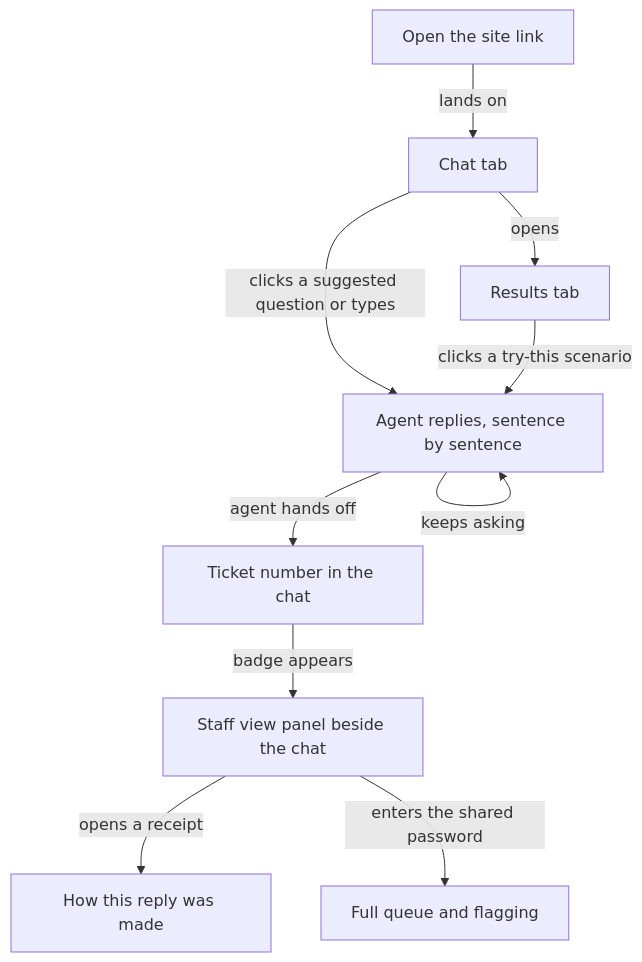
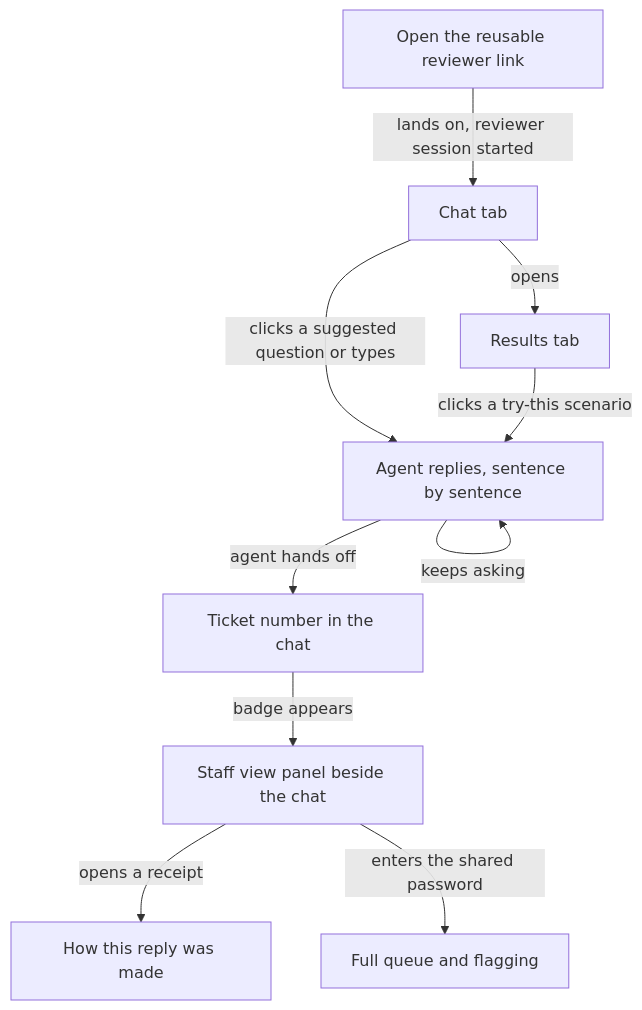
One commit to lucycchi/AI_Call_Center_Agent changed diagram 13 of 21 in docs/ARCHITECTURE.md. Above: the diagram before and after it, drawn with Mermaid. The commit also changed other lines of this file and 8 other files, not shown here.

First line of the commit message:
fix(live): a used-up network block sends another visitor's emergency to the merged ticket; IPv4-mapped addresses count by their IPv4 block; the overflow ticket is retried and capped; architecture document and stale lines brought up to date

````diff
--- a/docs/ARCHITECTURE.md
+++ b/docs/ARCHITECTURE.md
@@ -557,12 +566,12 @@
 ```mermaid
 flowchart TD
-    A["Open the site link"] -->|"lands on"| B["Chat tab"]
+    A["Open the reusable reviewer link"] -->|"lands on, reviewer session started"| B["Chat tab"]
     B -->|"clicks a suggested question or types"| C["Agent replies, sentence by sentence"]
     B -->|"opens"| R["Results tab"]
     R -->|"clicks a try-this scenario"| C
     C -->|"agent hands off"| T["Ticket number in the chat"]
     T -->|"badge appears"| SV["Staff view panel beside the chat"]
     SV -->|"opens a receipt"| HR["How this reply was made"]
     SV -->|"enters the shared password"| FQ["Full queue and flagging"]
     C -->|"keeps asking"| C
 ```
````
